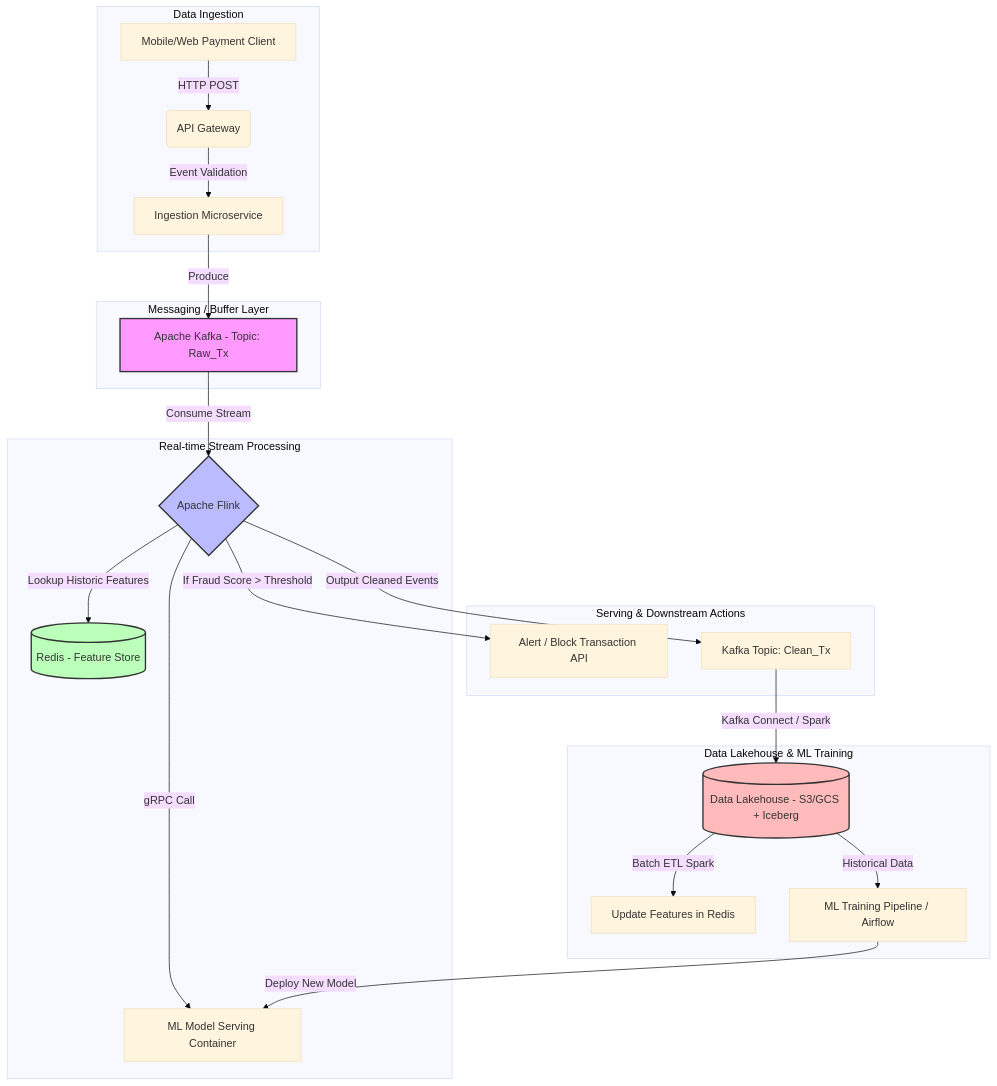
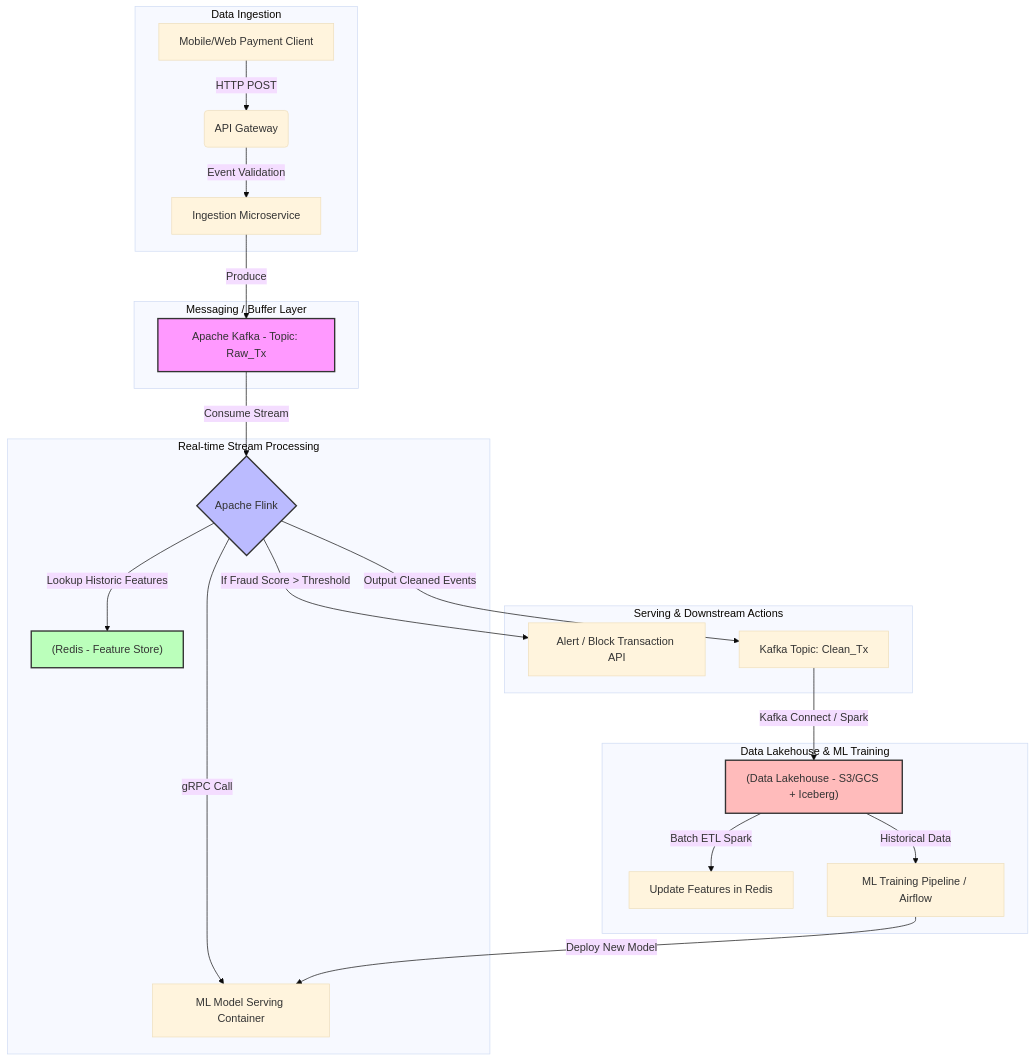
The first of 2 diagrams in src/content/docs/interview/overview.md (kythuatdulieu/kythuatdulieu.github.io), drawn with Mermaid (base theme) before and after one commit. The commit also changed other lines of this file and 314 other files, not shown here.

````diff
--- a/src/content/docs/interview/overview.md
+++ b/src/content/docs/interview/overview.md
@@ -49,34 +49,34 @@
 ```mermaid
 graph TD
     subgraph "Data Ingestion"
         A["Mobile/Web Payment Client"] -->|HTTP POST| B("API Gateway")
         B -->|Event Validation| C["Ingestion Microservice"]
     end
 
     subgraph "Messaging / Buffer Layer"
         C -->|Produce| D["Apache Kafka - Topic: Raw_Tx"]
     end
 
     subgraph "Real-time Stream Processing"
         D -->|Consume Stream| E{"Apache Flink"}
-        E -->|Lookup Historic Features| F[("Redis - Feature Store")]
+        E -->|Lookup Historic Features| F["(Redis - Feature Store)"]
         E -->|gRPC Call| G["ML Model Serving Container"]
     end
 
     subgraph "Serving & Downstream Actions"
         E -->|If Fraud Score > Threshold| H["Alert / Block Transaction API"]
         E -->|Output Cleaned Events| I["Kafka Topic: Clean_Tx"]
     end
 
     subgraph "Data Lakehouse & ML Training"
-        I -->|Kafka Connect / Spark| J[("Data Lakehouse - S3/GCS + Iceberg")]
+        I -->|Kafka Connect / Spark| J["(Data Lakehouse - S3/GCS + Iceberg)"]
         J -->|Batch ETL Spark| K["Update Features in Redis"]
         J -->|Historical Data| L["ML Training Pipeline / Airflow"]
         L -->|Deploy New Model| G
     end
     
     style D fill:#f9f,stroke:#333,stroke-width:2px
     style E fill:#bbf,stroke:#333,stroke-width:2px
     style F fill:#bfb,stroke:#333,stroke-width:2px
     style J fill:#fbb,stroke:#333,stroke-width:2px
 ```
````
